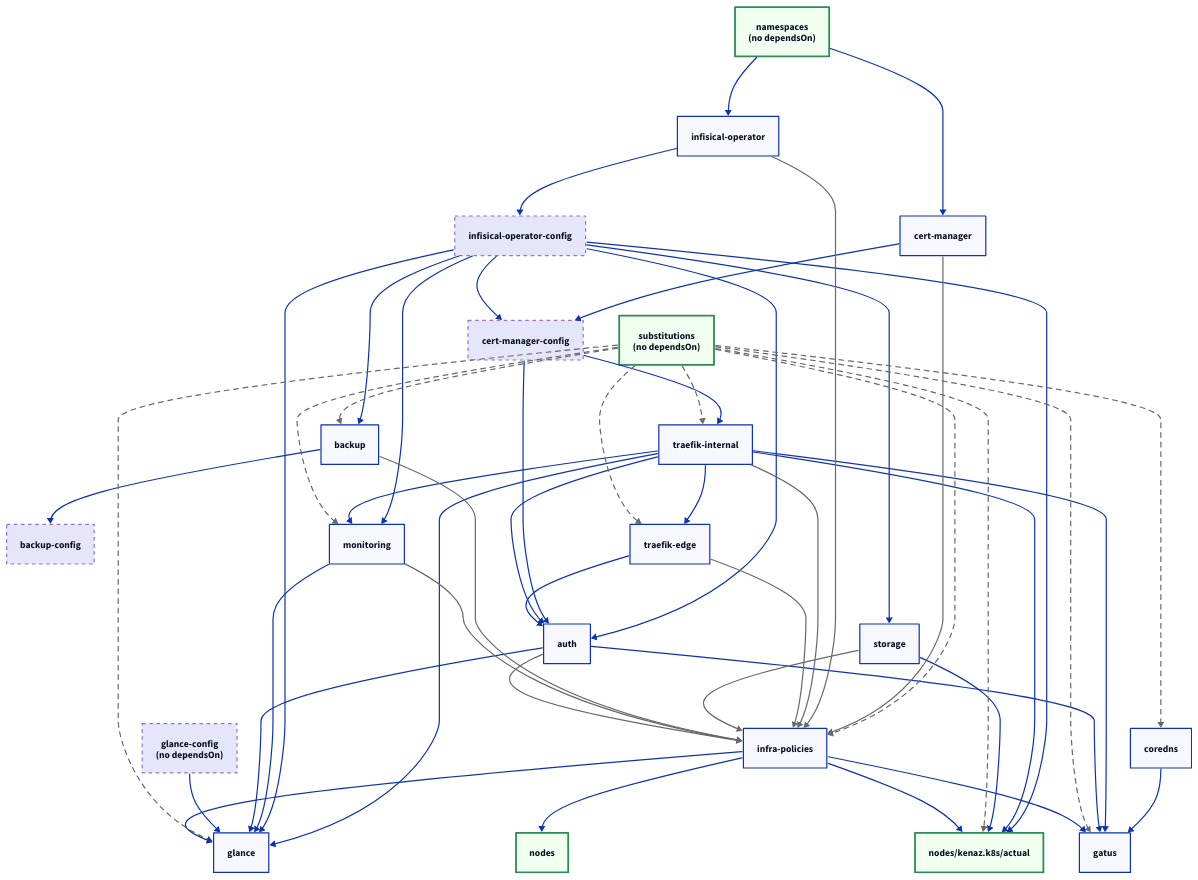
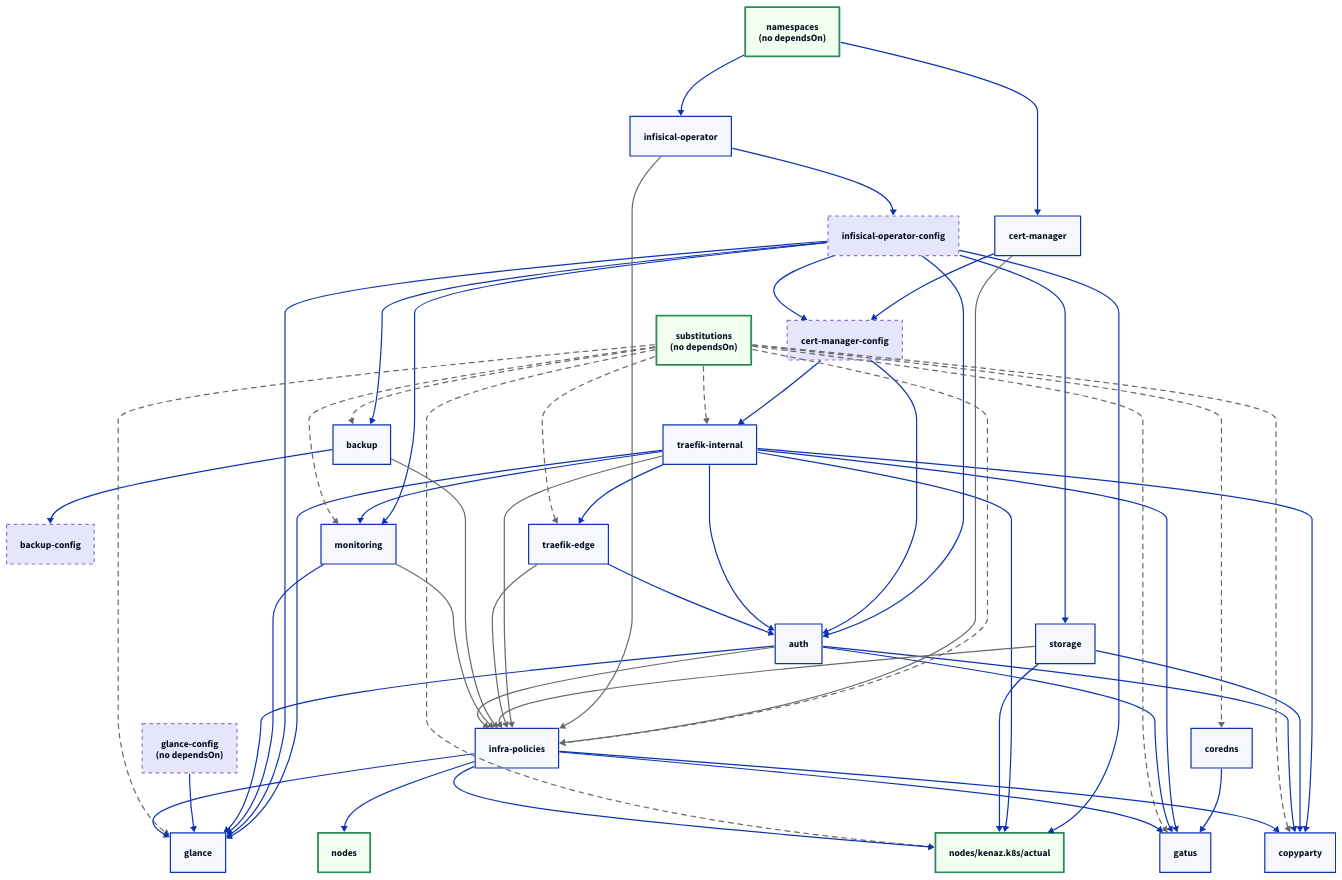
The diagram in docs/src/conventions/ordering.md (brewcoua/futhark), drawn with D2 before and after one commit. The commit also changed 21 other files, not shown here.

````diff
--- a/docs/src/conventions/ordering.md
+++ b/docs/src/conventions/ordering.md
@@ -93,6 +93,10 @@
 traefik-internal -> gatus
 auth -> gatus
 
+traefik-internal -> copyparty
+storage -> copyparty
+auth -> copyparty
+
 storage -> actual
 backup -> backup-config
 
@@ -104,6 +108,7 @@
 substitutions -> infra-policies { class: presence }
 substitutions -> glance { class: presence }
 substitutions -> gatus { class: presence }
+substitutions -> copyparty { class: presence }
 substitutions -> coredns { class: presence }
 
 cert-manager -> infra-policies { class: bulk }
@@ -119,4 +124,5 @@
 infra-policies -> actual
 infra-policies -> glance
 infra-policies -> gatus
+infra-policies -> copyparty
 ```
````
